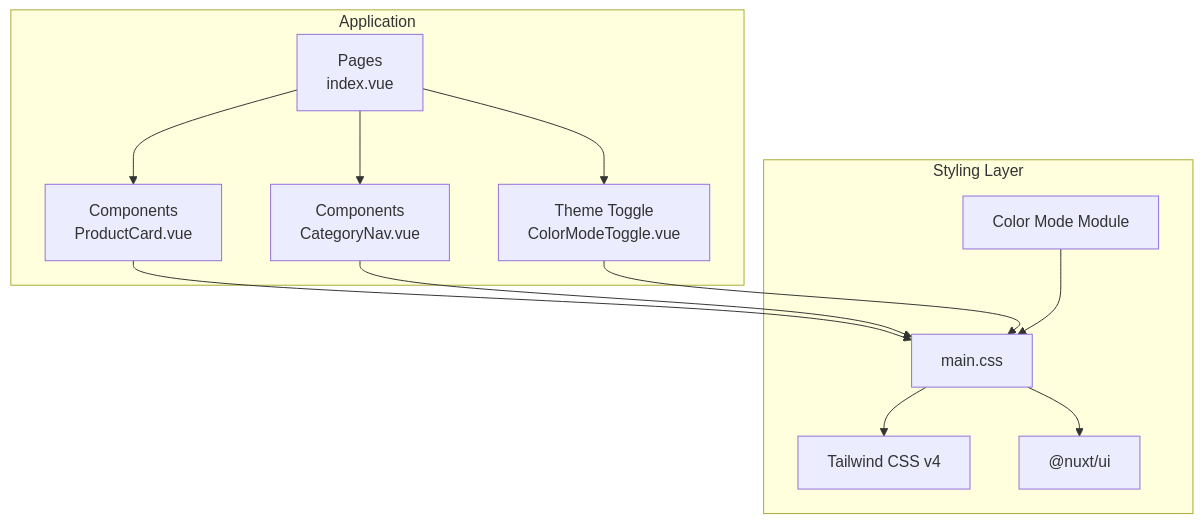
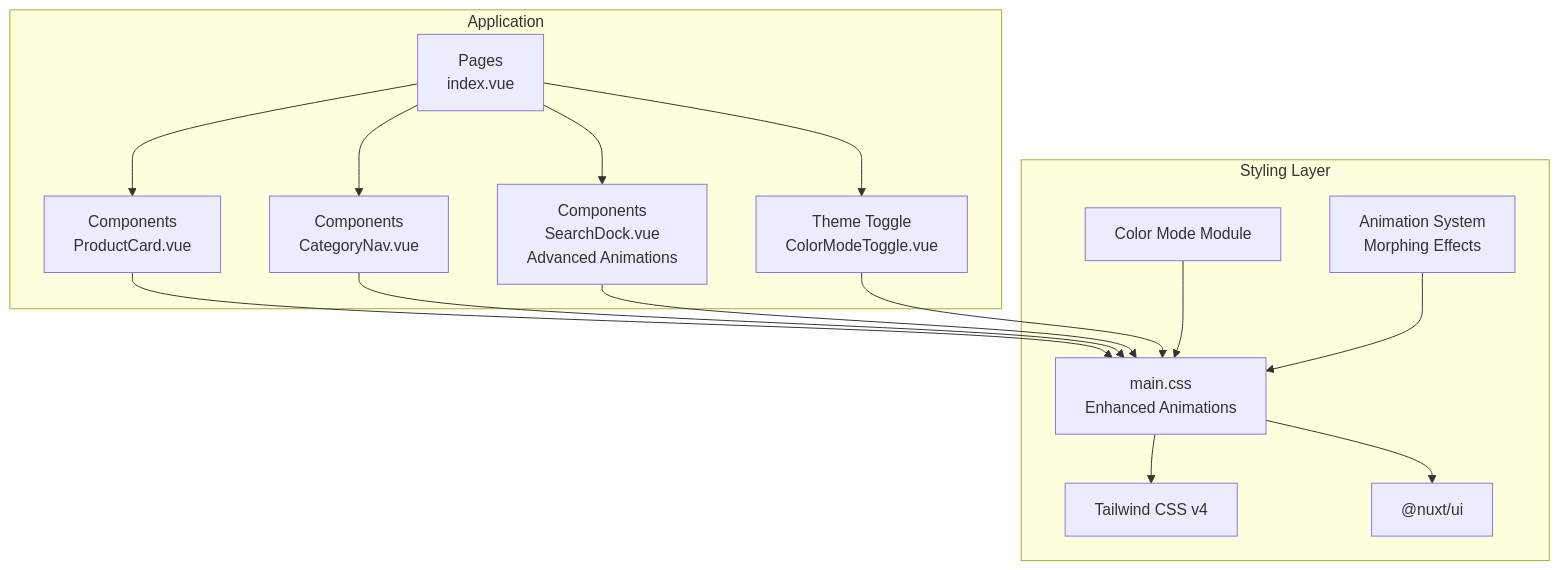
Before and after one commit to RaccoonPie-314/Raccoon-Gear-Bin: the second of 7 diagrams in .qoder/repowiki/en/content/Styling & Theming.md, drawn with Mermaid. The commit also changed other lines of this file and 51 other files, not shown here.

````diff
--- a/.qoder/repowiki/en/content/Styling & Theming.md
+++ b/.qoder/repowiki/en/content/Styling & Theming.md
@@ -71,24 +88,29 @@
 ```mermaid
 graph TB
 subgraph "Application"
 P["Pages<br/>index.vue"]
 C1["Components<br/>ProductCard.vue"]
 C2["Components<br/>CategoryNav.vue"]
+C3["Components<br/>SearchDock.vue<br/>Advanced Animations"]
 T["Theme Toggle<br/>ColorModeToggle.vue"]
 end
 subgraph "Styling Layer"
-M["main.css"]
+M["main.css<br/>Enhanced Animations"]
 TW["Tailwind CSS v4"]
 NU["@nuxt/ui"]
 CM["Color Mode Module"]
+AN["Animation System<br/>Morphing Effects"]
 end
 P --> C1
 P --> C2
+P --> C3
 P --> T
 C1 --> M
 C2 --> M
+C3 --> M
 T --> M
 M --> TW
 M --> NU
 CM --> M
+AN --> M
 ```
````
